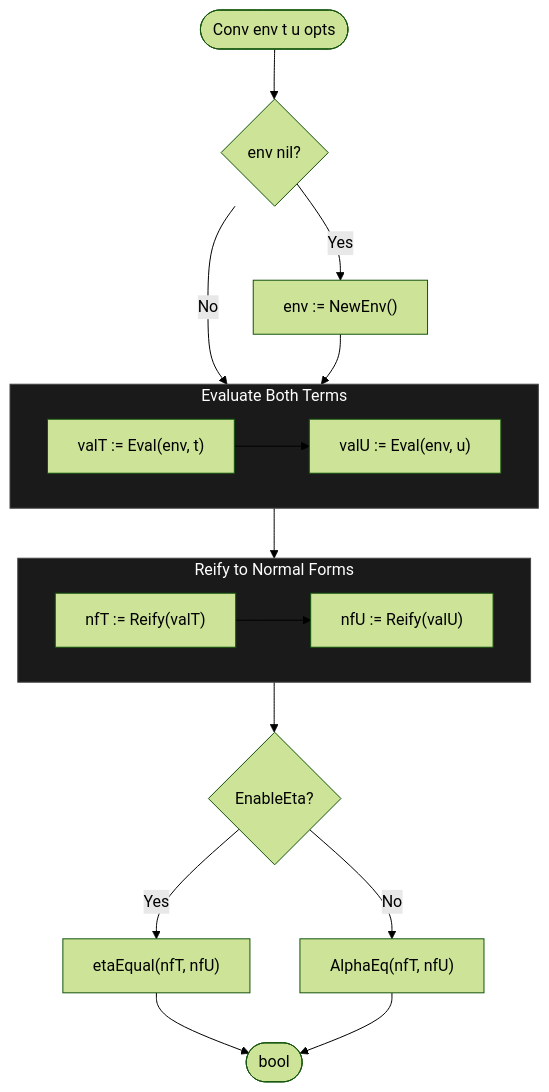
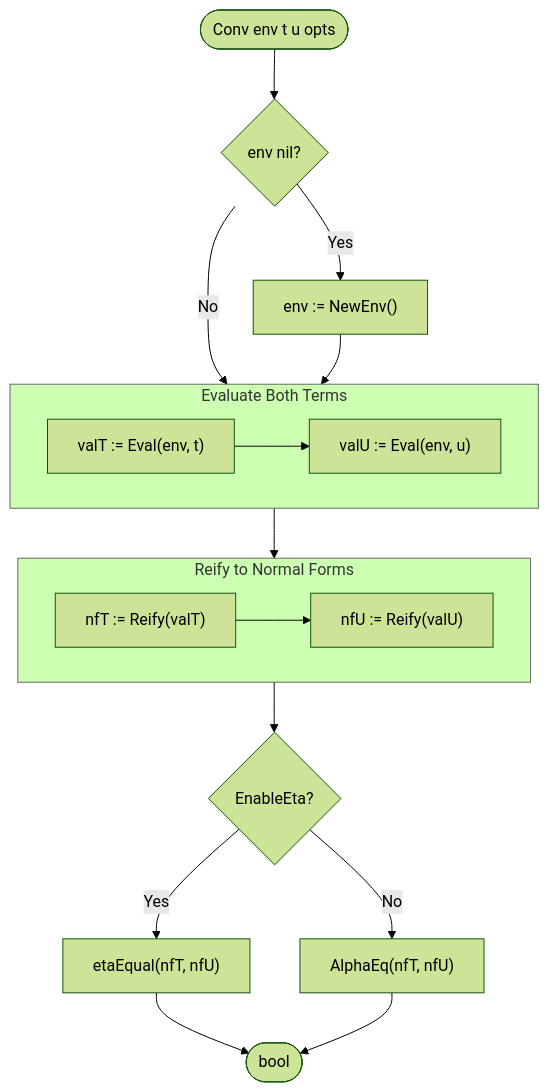
Diagram 20 of 26 in DIAGRAMS.md (watchthelight/HypergraphGo), drawn with Mermaid (forest theme) before and after one commit. The commit also changed other lines of this file and 1 other file, not shown here.

Commit message:
Diagram updates

````diff
--- a/DIAGRAMS.md
+++ b/DIAGRAMS.md
@@ -1164,32 +1414,32 @@
 ```mermaid
 flowchart TB
     Start([Conv env t u opts]) --> EnvCheck{env nil?}
     EnvCheck -->|Yes| CreateEnv["env := NewEnv()"]
     EnvCheck -->|No| EvalBoth
     CreateEnv --> EvalBoth
 
     subgraph EvalBoth["Evaluate Both Terms"]
         E1["valT := Eval(env, t)"]
         E2["valU := Eval(env, u)"]
         E1 --> E2
     end
 
     EvalBoth --> Reify
 
     subgraph Reify["Reify to Normal Forms"]
         R1["nfT := Reify(valT)"]
         R2["nfU := Reify(valU)"]
         R1 --> R2
     end
 
     Reify --> EtaCheck{EnableEta?}
 
     EtaCheck -->|Yes| EtaEqual["etaEqual(nfT, nfU)"]
     EtaCheck -->|No| AlphaEq["AlphaEq(nfT, nfU)"]
 
     EtaEqual --> Result([bool])
     AlphaEq --> Result
 
-    style EvalBoth fill:#1a1a1a,stroke:#444,color:#fff
-    style Reify fill:#1a1a1a,stroke:#444,color:#fff
+    style EvalBoth stroke:#666
+    style Reify stroke:#666
 ```
````
